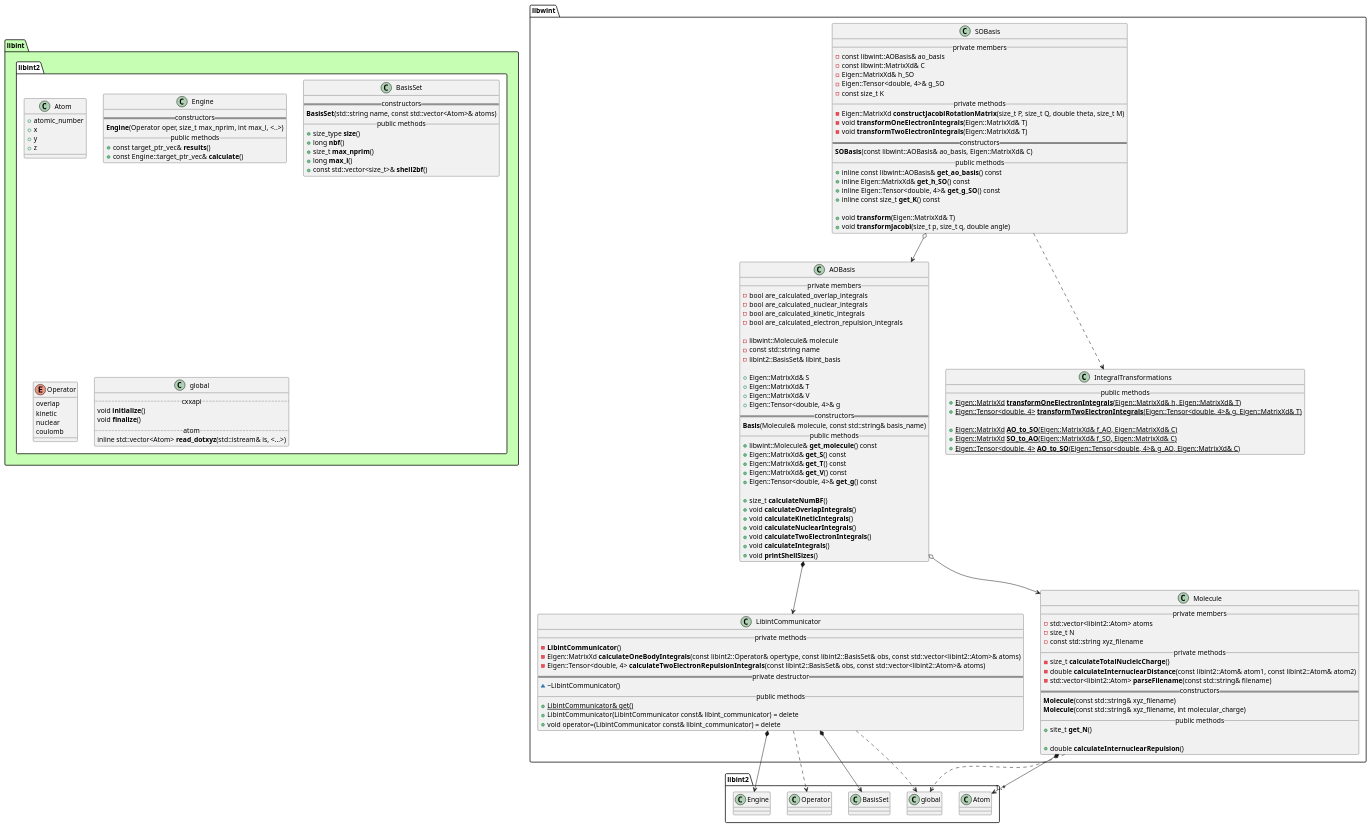
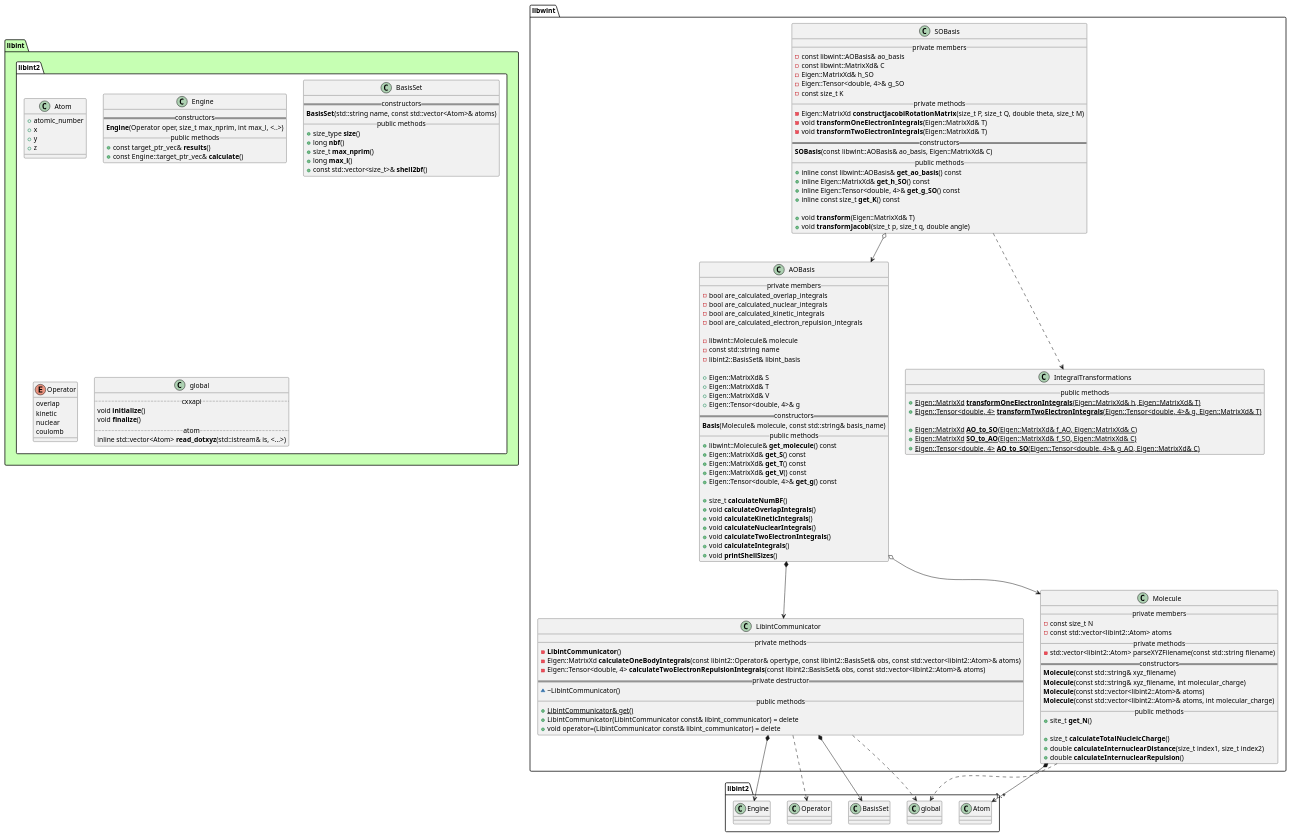
One commit to tmhuysen/libwint changed the diagram in docs/libwint.puml. Above: the diagram before and after it, drawn with PlantUML. The commit also changed 7 other files, not shown here.

```diff
--- a/docs/libwint.puml
+++ b/docs/libwint.puml
@@ -1,175 +1,176 @@
 @startuml
 
 
 
 package libint #c6ffb3 {
     namespace libint2 #ffffff {
         class Atom {
             + atomic_number
             + x
             + y
             + z
         }
 
         class Engine {
             == constructors ==
                 **Engine**(Operator oper, size_t max_nprim, int max_l, <..>)
             __ public methods __
                 + const target_ptr_vec& **results**()
                 + const Engine::target_ptr_vec& **calculate**()
         }
 
         class BasisSet {
             == constructors ==
                 **BasisSet**(std::string name, const std::vector<Atom>& atoms)
             __ public methods __
                 + size_type **size**()
                 + long **nbf**()
                 + size_t **max_nprim**()
                 + long **max_l**()
                 + const std::vector<size_t>& **shell2bf**()
         }
 
         enum Operator {
             overlap
             kinetic
             nuclear
             coulomb
         }
 
         class global {
             .. cxxapi ..
                 void **initialize**()
                 void **finalize**()
             .. atom ..
                 inline std::vector<Atom> **read_dotxyz**(std::istream& is, <...>)
         }
     }
 }
 
 
 
 
 namespace libwint {
 
     class AOBasis {
         __ private members __
             - bool are_calculated_overlap_integrals
             - bool are_calculated_nuclear_integrals
             - bool are_calculated_kinetic_integrals
             - bool are_calculated_electron_repulsion_integrals
 
             - libwint::Molecule& molecule
             - const std::string name
             - libint2::BasisSet& libint_basis
 
             + Eigen::MatrixXd& S
             + Eigen::MatrixXd& T
             + Eigen::MatrixXd& V
             + Eigen::Tensor<double, 4>& g
         == constructors ==
             **Basis**(Molecule& molecule, const std::string& basis_name)
         __ public methods __
             + libwint::Molecule& **get_molecule**() const
             + Eigen::MatrixXd& **get_S**() const
             + Eigen::MatrixXd& **get_T**() const
             + Eigen::MatrixXd& **get_V**() const
             + Eigen::Tensor<double, 4>& **get_g**() const
 
             + size_t **calculateNumBF**()
             + void **calculateOverlapIntegrals**()
             + void **calculateKineticIntegrals**()
             + void **calculateNuclearIntegrals**()
             + void **calculateTwoElectronIntegrals**()
             + void **calculateIntegrals**()
             + void **printShellSizes**()
     }
 
 
     class SOBasis {
         __ private members __
             - const libwint::AOBasis& ao_basis
             - const libwint::MatrixXd& C
             - Eigen::MatrixXd& h_SO
             - Eigen::Tensor<double, 4>& g_SO
             - const size_t K
         __ private methods __
             - Eigen::MatrixXd **constructJacobiRotationMatrix**(size_t P, size_t Q, double theta, size_t M)
             - void **transformOneElectronIntegrals**(Eigen::MatrixXd& T)
             - void **transformTwoElectronIntegrals**(Eigen::MatrixXd& T)
         == constructors ==
             **SOBasis**(const libwint::AOBasis& ao_basis, Eigen::MatrixXd& C)
         __ public methods __
             + inline const libwint::AOBasis& **get_ao_basis**() const
             + inline Eigen::MatrixXd& **get_h_SO**() const
             + inline Eigen::Tensor<double, 4>& **get_g_SO**() const
             + inline const size_t **get_K**() const
 
             + void **transform**(Eigen::MatrixXd& T)
             + void **transformJacobi**(size_t p, size_t q, double angle)
     }
 
 
     class IntegralTransformations {
         __ public methods __
             + {static} Eigen::MatrixXd **transformOneElectronIntegrals**(Eigen::MatrixXd& h, Eigen::MatrixXd& T)
             + {static} Eigen::Tensor<double, 4> **transformTwoElectronIntegrals**(Eigen::Tensor<double, 4>& g, Eigen::MatrixXd& T)
 
             + {static} Eigen::MatrixXd **AO_to_SO**(Eigen::MatrixXd& f_AO, Eigen::MatrixXd& C)
             + {static} Eigen::MatrixXd **SO_to_AO**(Eigen::MatrixXd& f_SO, Eigen::MatrixXd& C)
             + {static} Eigen::Tensor<double, 4> **AO_to_SO**(Eigen::Tensor<double, 4>& g_AO, Eigen::MatrixXd& C)
     }
 
 
     class LibintCommunicator {
         __ private methods __
             - **LibintCommunicator**()
             - Eigen::MatrixXd **calculateOneBodyIntegrals**(const libint2::Operator& opertype, const libint2::BasisSet& obs, const std::vector<libint2::Atom>& atoms)
             - Eigen::Tensor<double, 4> **calculateTwoElectronRepulsionIntegrals**(const libint2::BasisSet& obs, const std::vector<libint2::Atom>& atoms)
         == private destructor ==
             ~ ~LibintCommunicator()
         __ public methods __
             + {static} LibintCommunicator& get()
             + LibintCommunicator(LibintCommunicator const& libint_communicator) = delete
             + void operator=(LibintCommunicator const& libint_communicator) = delete
     }
 
 
     class Molecule {
         __ private members __
-            - std::vector<libint2::Atom> atoms
-            - size_t N
-            - const std::string xyz_filename
+            - const size_t N
+            - const std::vector<libint2::Atom> atoms
         __ private methods __
-            - size_t **calculateTotalNucleicCharge**()
-            - double **calculateInternuclearDistance**(const libint2::Atom& atom1, const libint2::Atom& atom2)
-            - std::vector<libint2::Atom> **parseFilename**(const std::string& filename)
+            - std::vector<libint2::Atom> parseXYZFilename(const std::string filename)
         == constructors ==
             **Molecule**(const std::string& xyz_filename)
             **Molecule**(const std::string& xyz_filename, int molecular_charge)
+            **Molecule**(const std::vector<libint2::Atom>& atoms)
+            **Molecule**(const std::vector<libint2::Atom>& atoms, int molecular_charge)
         __ public methods __
             + site_t **get_N**()
 
+            + size_t **calculateTotalNucleicCharge**()
+            + double **calculateInternuclearDistance**(size_t index1, size_t index2)
             + double **calculateInternuclearRepulsion**()
     }
 
 }
 
 
 
 libwint.AOBasis o--> libwint.Molecule
 libwint.AOBasis *--> libwint.LibintCommunicator
 
 libwint.LibintCommunicator *--> libint2.BasisSet
 libwint.LibintCommunicator ..> libint2.Operator
 libwint.LibintCommunicator *--> libint2.Engine
 libwint.LibintCommunicator ..> libint2.global
 
 libwint.Molecule *--> "1..*" libint2.Atom
 libwint.Molecule ..> libint2.global
 
 libwint.SOBasis ..> libwint.IntegralTransformations
 libwint.SOBasis o--> libwint.AOBasis
 
 
 @enduml
```
